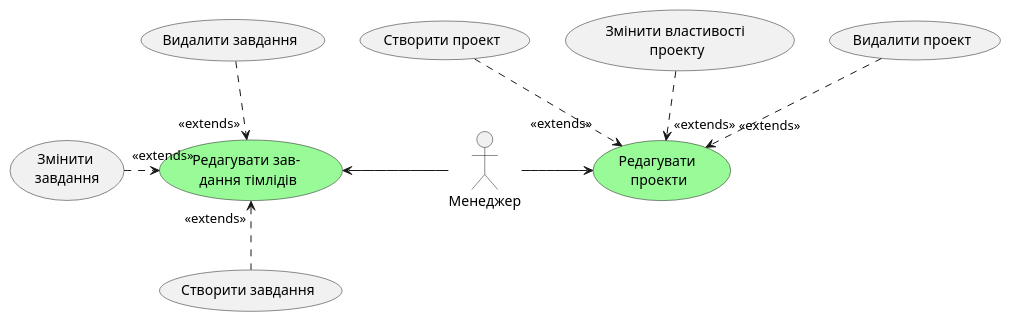
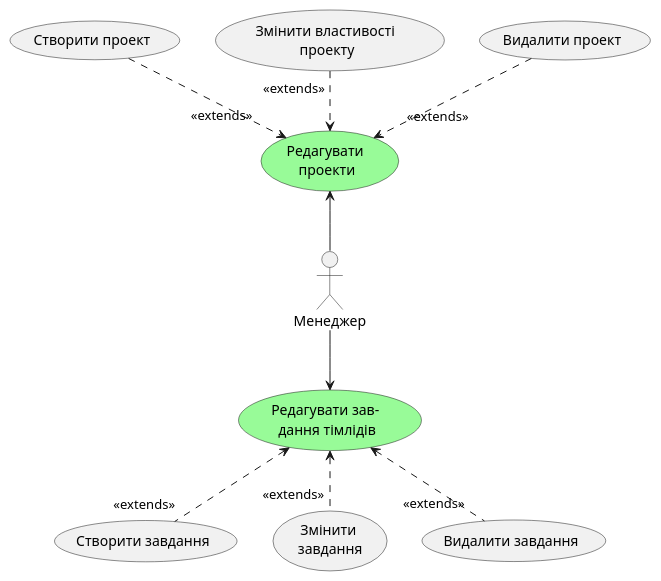
Before and after one commit to vtarasiuk/proj-control: the second of 17 diagrams in docs/use cases/README.md, drawn with PlantUML. The commit also changed other lines of this file, not shown here.

Commit message:
fix: eliminate 'extends' bug

```diff
--- a/docs/use cases/README.md
+++ b/docs/use cases/README.md
@@ -63,30 +63,30 @@
 @startuml
 
   actor Менеджер
   usecase "Редагувати \nпроекти" as EDPROJ #palegreen
   usecase "Редагувати зав- \nдання тімлідів" as EDTASK #palegreen
 
 
-  Менеджер -r-> EDPROJ
+  Менеджер -u-> EDPROJ
   
   usecase "Створити проект" as CRPROJ
   usecase "Змінити властивості \nпроекту" as EDPROJPROP
   usecase "Видалити проект" as DELPROJ
   
-  CRPROJ ..>"<<extends>>" EDPROJ
-  EDPROJPROP ..>"<<extends>>" EDPROJ
-  DELPROJ ..>"<<extends>>" EDPROJ
+  CRPROJ .d.>"<<extends>>" EDPROJ
+  EDPROJPROP "<<extends>>" .d.> EDPROJ
+  DELPROJ .d.>"<<extends>>" EDPROJ
 
 
-  Менеджер -l-> EDTASK
+  Менеджер --> EDTASK
   
   usecase "Створити завдання" as CRTLTASK
   usecase "Змінити \nзавдання" as EDTLTASK
   usecase "Видалити завдання" as DELTLTASK
   
-  CRTLTASK .u.>"<<extends>>" EDTASK
-  EDTLTASK .r.>"<<extends>>" EDTASK
-  DELTLTASK .d.>"<<extends>>" EDTASK
+  CRTLTASK "<<extends>>" .u.> EDTASK
+  EDTLTASK "<<extends>>" .u.> EDTASK
+  DELTLTASK "<<extends>>" .u.> EDTASK
   
   
 @enduml
```
